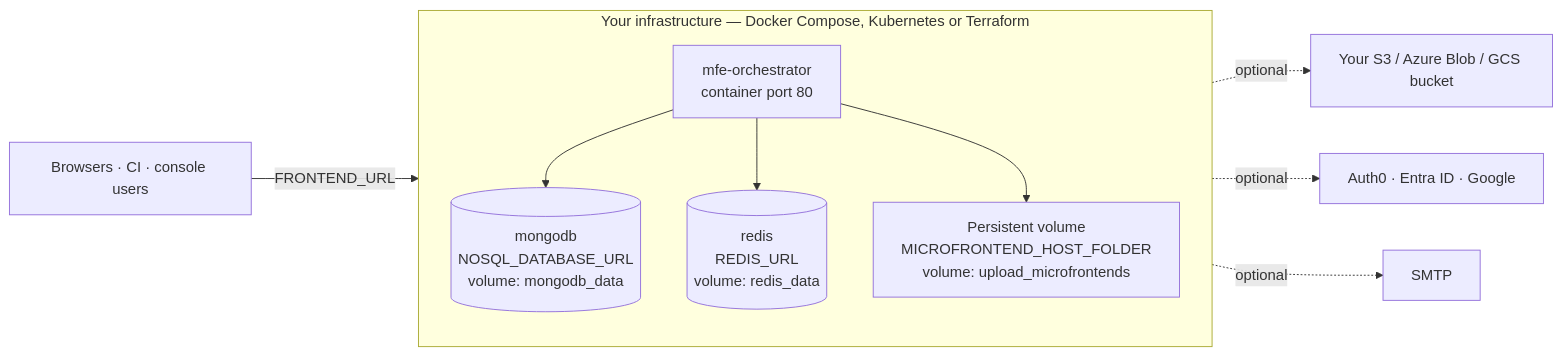
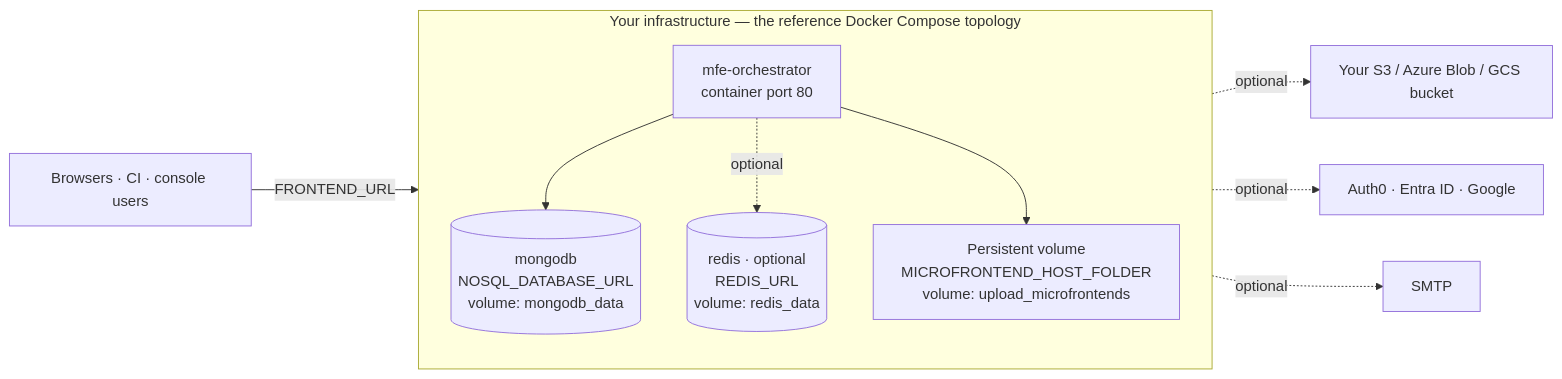
One commit to mfe-orchestrator/documentation changed the fourth of 4 diagrams in docs/architecture.md. Above: the diagram before and after it, drawn with Mermaid. The commit also changed other lines of this file and 14 other files, not shown here.

````diff
--- a/docs/architecture.md
+++ b/docs/architecture.md
@@ -227,18 +234,18 @@
 ```mermaid
 flowchart LR
-    subgraph host["Your infrastructure — Docker Compose, Kubernetes or Terraform"]
+    subgraph host["Your infrastructure — the reference Docker Compose topology"]
         direction TB
         app["mfe-orchestrator<br/>container port 80"]
         mongo[("mongodb<br/>NOSQL_DATABASE_URL<br/>volume: mongodb_data")]
-        redis[("redis<br/>REDIS_URL<br/>volume: redis_data")]
+        redis[("redis · optional<br/>REDIS_URL<br/>volume: redis_data")]
         vol["Persistent volume<br/>MICROFRONTEND_HOST_FOLDER<br/>volume: upload_microfrontends"]
         app --> mongo
-        app --> redis
+        app -.->|"optional"| redis
         app --> vol
     end
 
     users["Browsers · CI · console users"] -->|"FRONTEND_URL"| app
     app -.->|"optional"| cloud["Your S3 / Azure Blob / GCS bucket"]
     app -.->|"optional"| idp["Auth0 · Entra ID · Google"]
     app -.->|"optional"| smtp["SMTP"]
 ```
````
